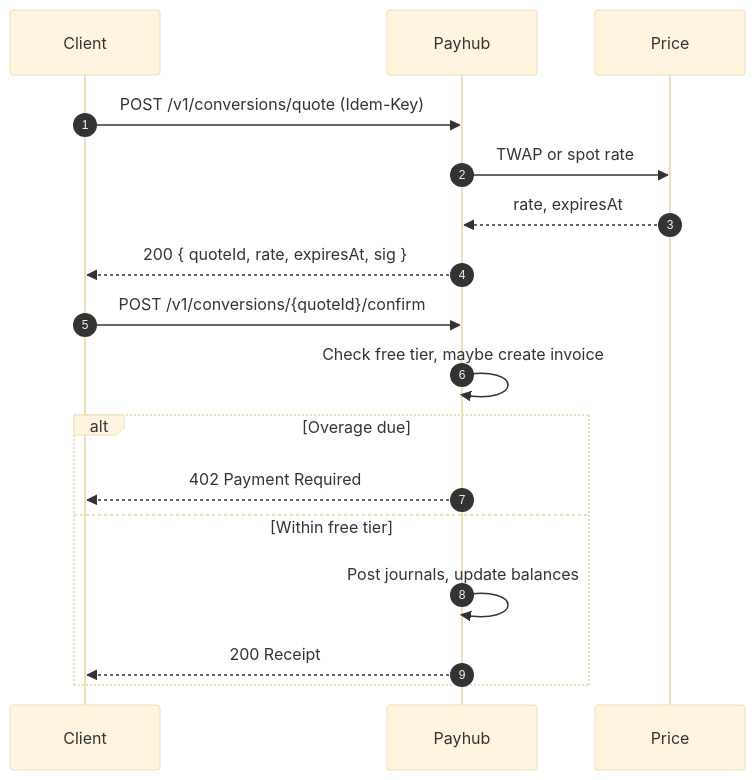
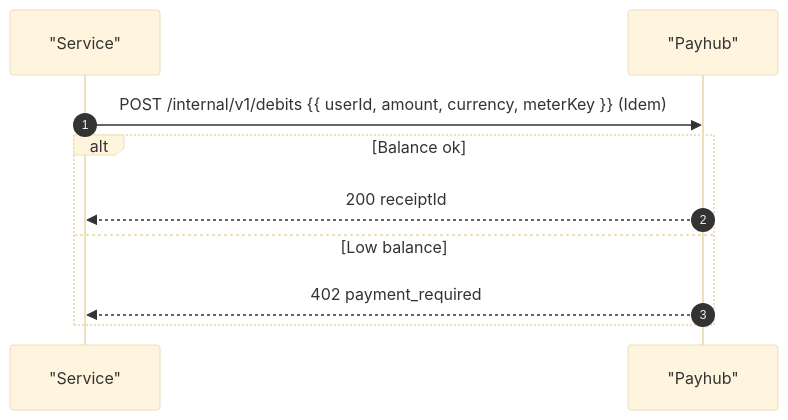
Before and after one commit to bkkac/tg-miniapp-payhub-service: the fourth of 5 diagrams in SystemDesign.md, drawn with Mermaid (base theme). The commit also changed other lines of this file, not shown here.

````diff
--- a/SystemDesign.md
+++ b/SystemDesign.md
@@ -505,20 +476,12 @@
 ```mermaid
 sequenceDiagram
   autonumber
-  participant UI as Client
-  participant PAY as Payhub
-  participant PRC as Price
-
-  UI->>PAY: POST /v1/conversions/quote (Idem-Key)
-  PAY->>PRC: TWAP or spot rate
-  PRC-->>PAY: rate, expiresAt
-  PAY-->>UI: 200 { quoteId, rate, expiresAt, sig }
-  UI->>PAY: POST /v1/conversions/{quoteId}/confirm
-  PAY->>PAY: Check free tier, maybe create invoice
-  alt Overage due
-    PAY-->>UI: 402 Payment Required
-  else Within free tier
-    PAY->>PAY: Post journals, update balances
-    PAY-->>UI: 200 Receipt
+  participant SVC as "Service"
+  participant PAY as "Payhub"
+  SVC->>PAY: POST /internal/v1/debits {{ userId, amount, currency, meterKey }} (Idem)
+  alt Balance ok
+    PAY-->>SVC: 200 receiptId
+  else Low balance
+    PAY-->>SVC: 402 payment_required
   end
 ```
````
